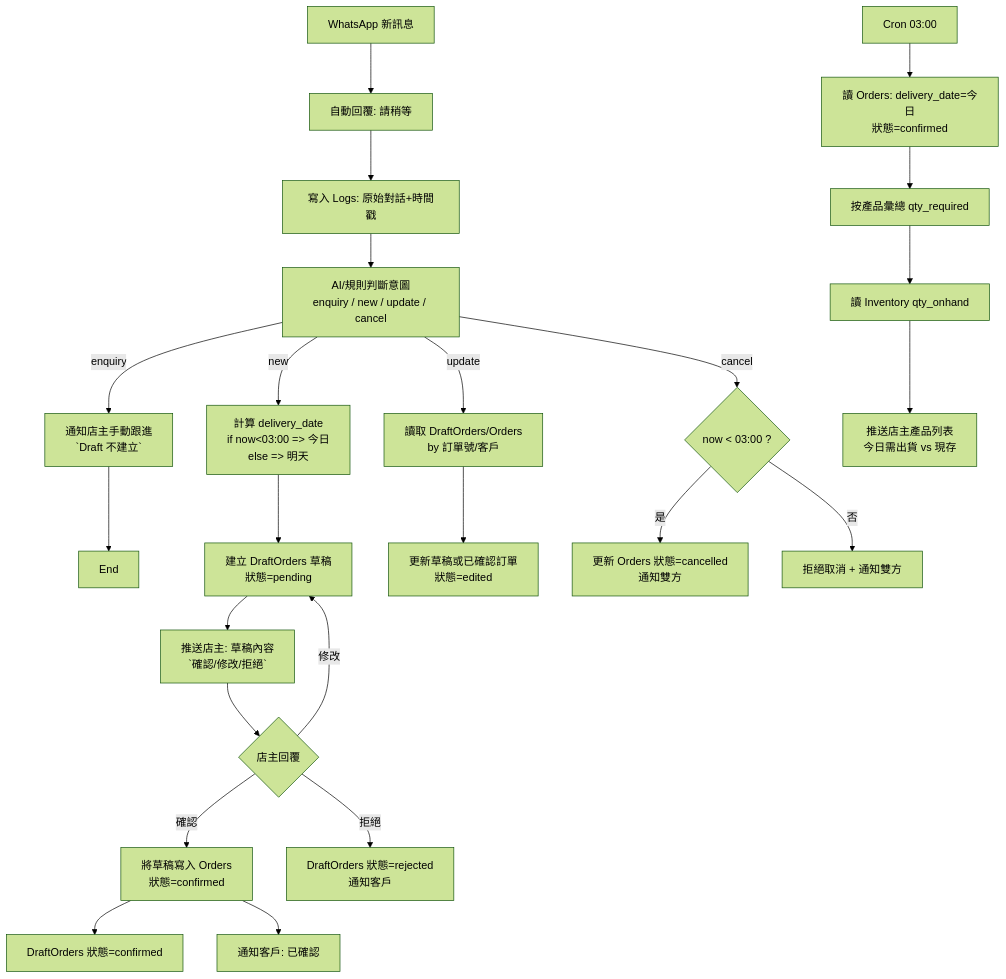
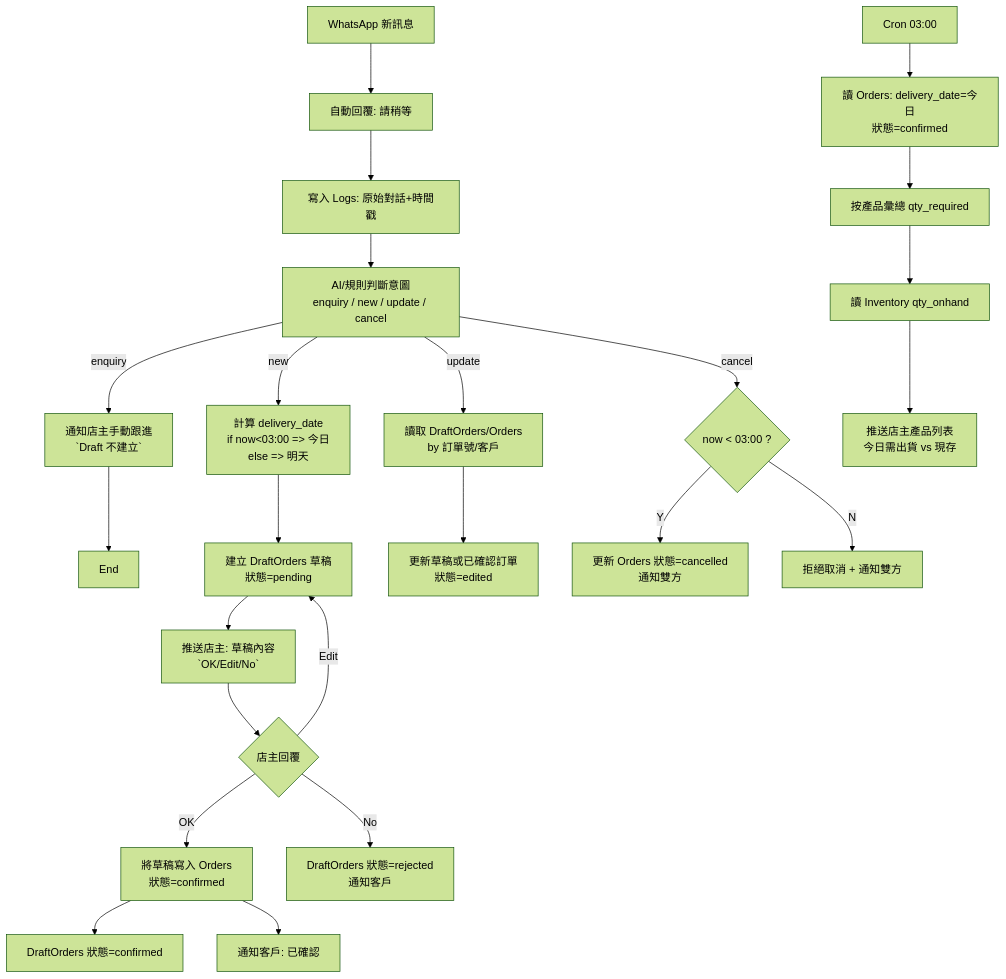
Before and after one commit to appledev0528/FYP: the first of 2 diagrams in README.md, drawn with Mermaid (forest theme).

````diff
--- a/README.md
+++ b/README.md
@@ -5,33 +5,33 @@
 ```mermaid
 flowchart TD
     A[WhatsApp 新訊息] --> B[自動回覆: 請稍等]
     B --> L[寫入 Logs: 原始對話+時間戳]
 
     L --> C[AI/規則判斷意圖<br/>enquiry / new / update / cancel]
 
     C -->|enquiry| ENQ[通知店主手動跟進<br/> `Draft 不建立`]
     ENQ --> END1[End]
 
     C -->|new| N1[計算 delivery_date<br/>if now<03:00 => 今日<br/>else => 明天]
     N1 --> N2[建立 DraftOrders 草稿<br/>狀態=pending]
-    N2 --> N3[推送店主: 草稿內容<br/> `確認/修改/拒絕`]
+    N2 --> N3[推送店主: 草稿內容<br/> `OK/Edit/No`]
 
     C -->|update| U1[讀取 DraftOrders/Orders<br/>by 訂單號/客戶]
     U1 --> U2[更新草稿或已確認訂單<br/>狀態=edited]
 
     C -->|cancel| K{now < 03:00 ?}
-    K -->|是| K1[更新 Orders 狀態=cancelled<br/>通知雙方]
-    K -->|否| K2[拒絕取消 + 通知雙方]
+    K -->|Y| K1[更新 Orders 狀態=cancelled<br/>通知雙方]
+    K -->|N| K2[拒絕取消 + 通知雙方]
 
     N3 --> D{店主回覆}
-    D -->|確認| O1[將草稿寫入 Orders<br/>狀態=confirmed]
+    D -->|OK| O1[將草稿寫入 Orders<br/>狀態=confirmed]
     O1 --> O2[DraftOrders 狀態=confirmed]
     O1 --> O3[通知客戶: 已確認]
-    D -->|修改| N2
-    D -->|拒絕| R1[DraftOrders 狀態=rejected<br/>通知客戶]
+    D -->|Edit| N2
+    D -->|No| R1[DraftOrders 狀態=rejected<br/>通知客戶]
 
     CRON[Cron 03:00] --> R[讀 Orders: delivery_date=今日<br/>狀態=confirmed]
     R --> SUM[按產品彙總 qty_required]
     SUM --> INV[讀 Inventory qty_onhand]
     INV --> MSG[推送店主產品列表<br/>今日需出貨 vs 現存]
 ```
````
